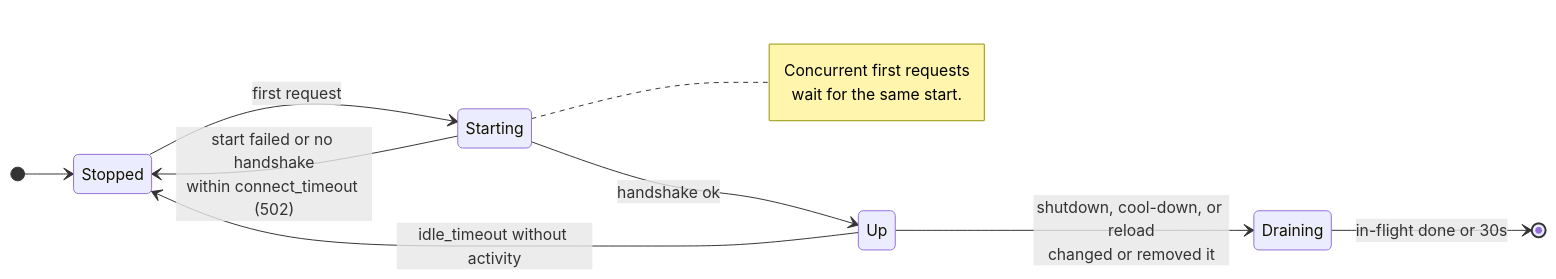
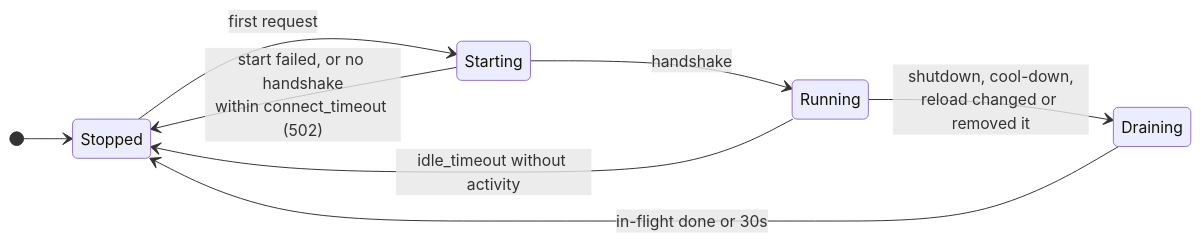
One commit to KingOfKalk/wg-stream-proxy changed the fourth of 5 diagrams in docs/architecture.md. Above: the diagram before and after it, drawn with Mermaid. The commit also changed other lines of this file and 14 other files, not shown here.

````diff
--- a/docs/architecture.md
+++ b/docs/architecture.md
@@ -487,15 +161,11 @@
 ```mermaid
 stateDiagram-v2
     direction LR
     [*] --> Stopped
     Stopped --> Starting: first request
-    Starting --> Up: handshake ok
-    Starting --> Stopped: start failed or no handshake<br/>within connect_timeout (502)
-    Up --> Stopped: idle_timeout without activity
-    Up --> Draining: shutdown, cool-down, or reload<br/>changed or removed it
-    Draining --> [*]: in-flight done or 30s
-    note right of Starting
-        Concurrent first requests
-        wait for the same start.
-    end note
+    Starting --> Running: handshake
+    Starting --> Stopped: start failed, or no handshake<br/>within connect_timeout (502)
+    Running --> Stopped: idle_timeout without activity
+    Running --> Draining: shutdown, cool-down,<br/>reload changed or removed it
+    Draining --> Stopped: in-flight done or 30s
 ```
````
